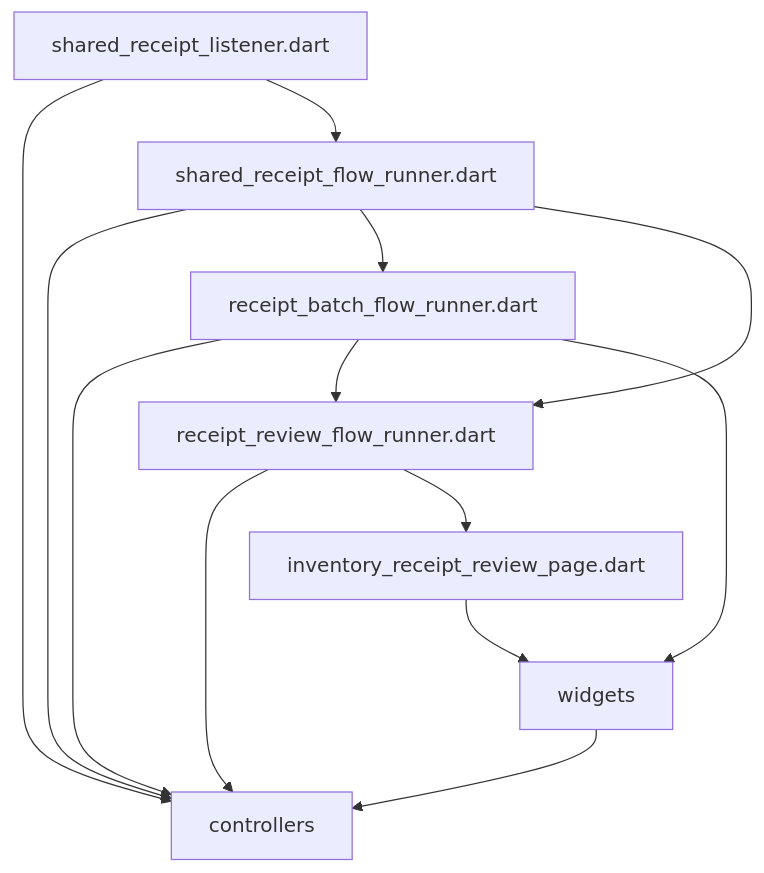
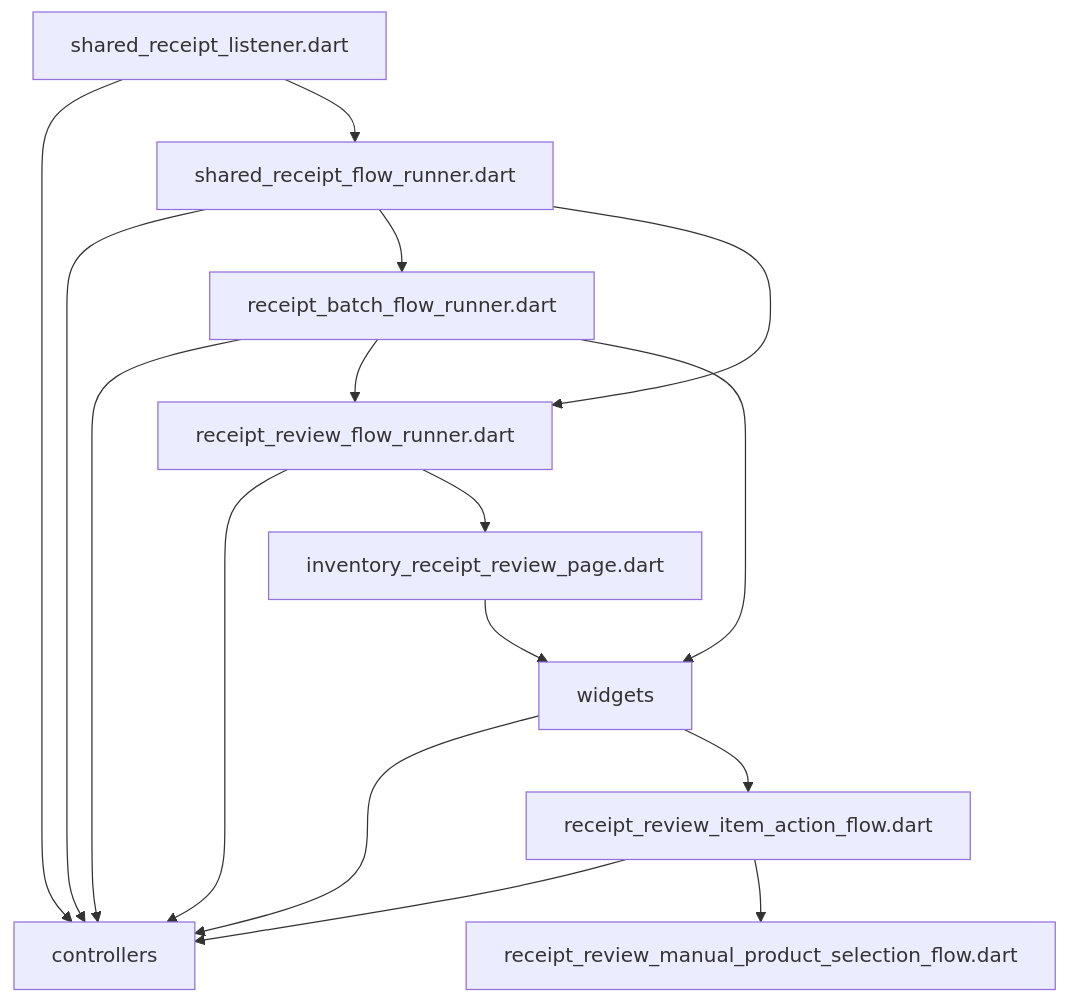
One commit to repinw/yamt changed the diagram in lib/features/scanner/presentation/DEPS.md. Above: the diagram before and after it, drawn with Mermaid. The commit also changed 100 other files, not shown here.

````diff
--- a/lib/features/scanner/presentation/DEPS.md
+++ b/lib/features/scanner/presentation/DEPS.md
@@ -6,15 +6,18 @@
 ```mermaid
 flowchart TD;
 inventory_receipt_review_page.dart-->widgets;
 receipt_batch_flow_runner.dart-->controllers;
 receipt_batch_flow_runner.dart-->receipt_review_flow_runner.dart;
 receipt_batch_flow_runner.dart-->widgets;
 receipt_review_flow_runner.dart-->controllers;
 receipt_review_flow_runner.dart-->inventory_receipt_review_page.dart;
+receipt_review_item_action_flow.dart-->controllers;
+receipt_review_item_action_flow.dart-->receipt_review_manual_product_selection_flow.dart;
 shared_receipt_flow_runner.dart-->controllers;
 shared_receipt_flow_runner.dart-->receipt_batch_flow_runner.dart;
 shared_receipt_flow_runner.dart-->receipt_review_flow_runner.dart;
 shared_receipt_listener.dart-->controllers;
 shared_receipt_listener.dart-->shared_receipt_flow_runner.dart;
 widgets-->controllers;
+widgets-->receipt_review_item_action_flow.dart;
 ```
````
